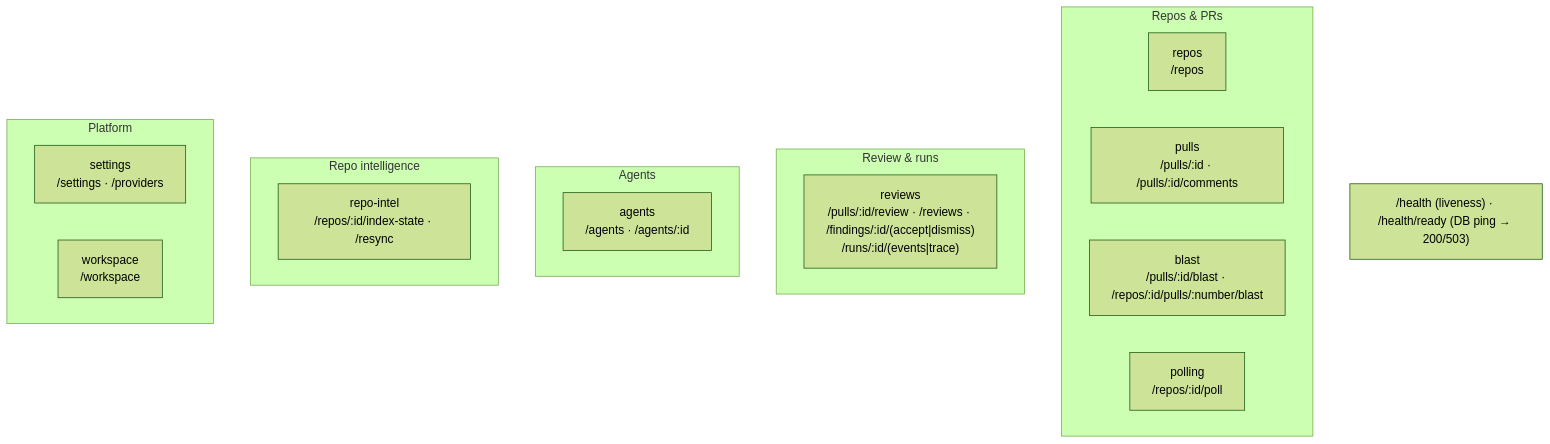
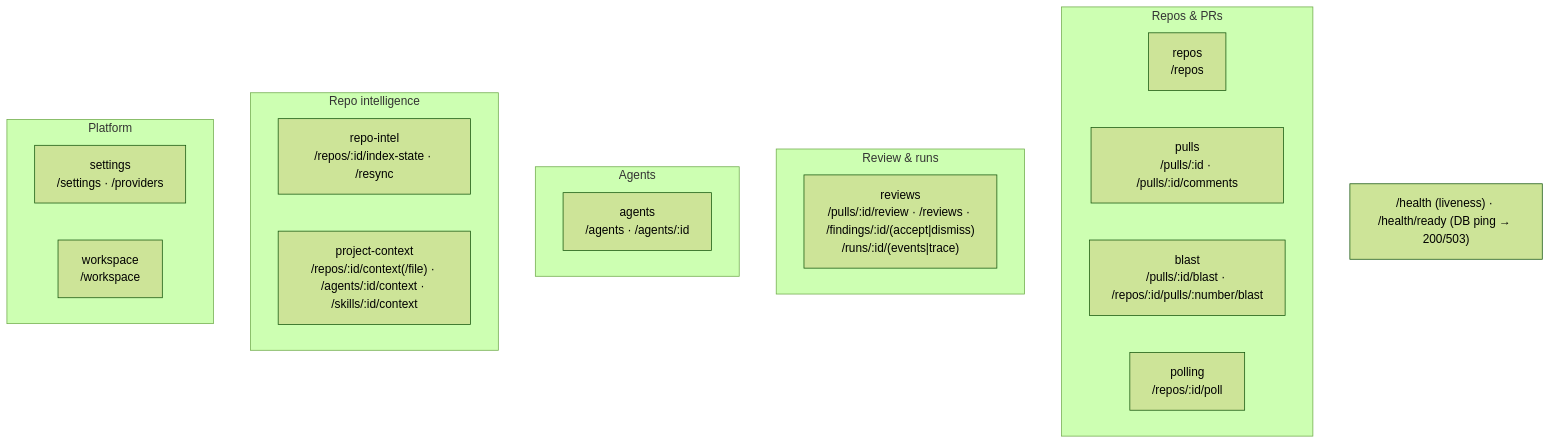
Before and after one commit to PalkoNazar/dev-digest: the second of 2 diagrams in server/README.md, drawn with Mermaid (forest theme). The commit also changed 7 other files, not shown here.

First line of the commit message:
docs(project-context): module README, route maps and AGENTS.md pointers (L05)

````diff
--- a/server/README.md
+++ b/server/README.md
@@ -64,23 +64,24 @@
 ```mermaid
 flowchart TB
   subgraph Repos_PRs["Repos & PRs"]
     repos["repos<br/>/repos"]
     pulls["pulls<br/>/pulls/:id · /pulls/:id/comments"]
     blast["blast<br/>/pulls/:id/blast · /repos/:id/pulls/:number/blast"]
     polling["polling<br/>/repos/:id/poll"]
   end
   subgraph Review["Review & runs"]
     reviews["reviews<br/>/pulls/:id/review · /reviews · /findings/:id/(accept|dismiss)<br/>/runs/:id/(events|trace)"]
   end
   subgraph Agents["Agents"]
     agents["agents<br/>/agents · /agents/:id"]
   end
   subgraph Intel["Repo intelligence"]
     repoIntel["repo-intel<br/>/repos/:id/index-state · /resync"]
+    projectContext["project-context<br/>/repos/:id/context(/file) · /agents/:id/context · /skills/:id/context"]
   end
   subgraph Platform["Platform"]
     settings["settings<br/>/settings · /providers"]
     workspace["workspace<br/>/workspace"]
   end
   HEALTH["/health (liveness) · /health/ready (DB ping → 200/503)"]
 ```
````
